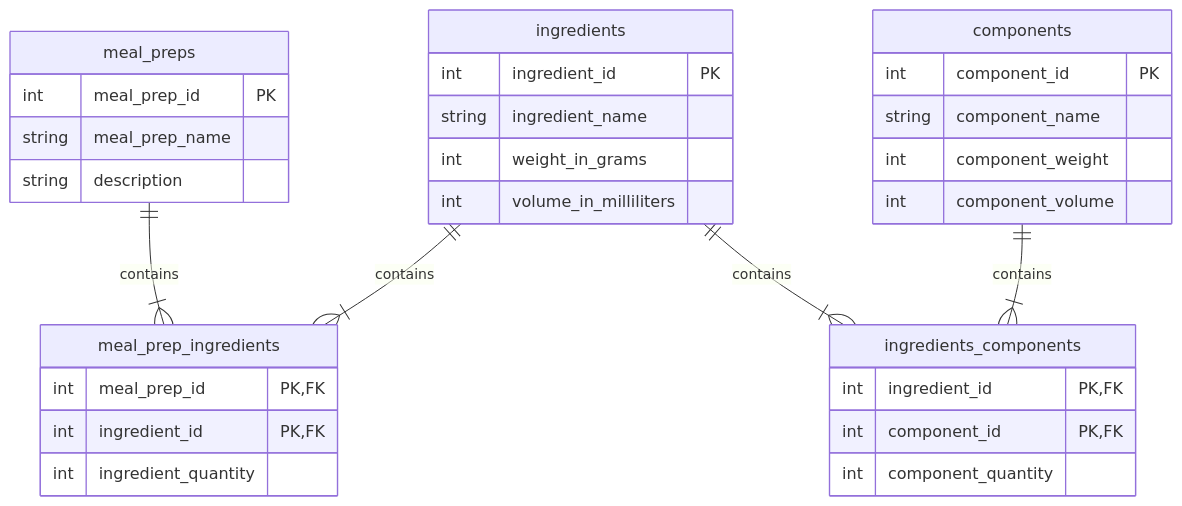
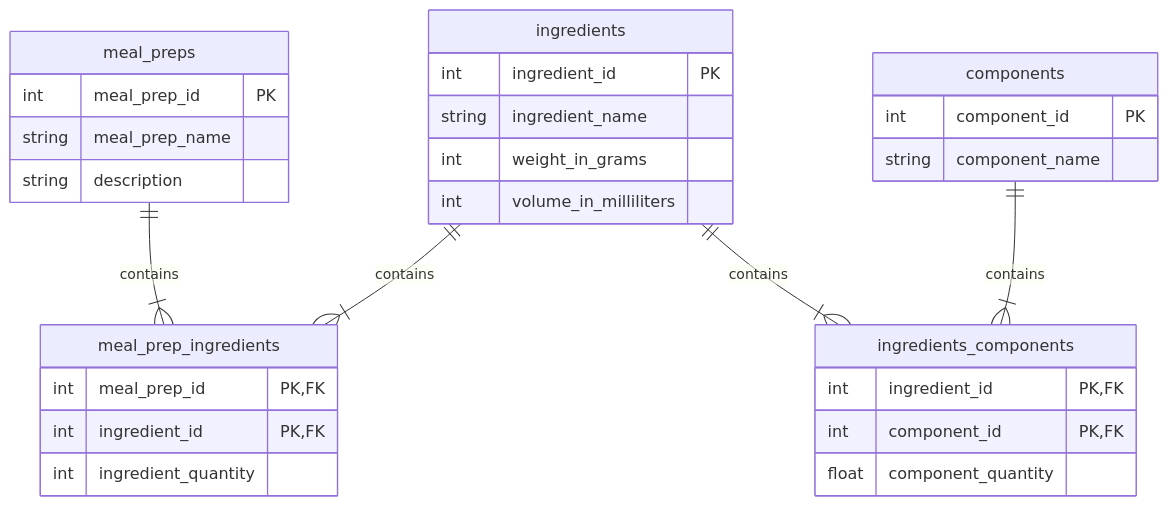
One commit to Wijnandvdm/nom-stats changed the diagram in mermaid_erd.mermaid. Above: the diagram before and after it, drawn with Mermaid. The commit also changed 2 other files, not shown here.

```diff
--- a/mermaid_erd.mermaid
+++ b/mermaid_erd.mermaid
@@ -1,32 +1,30 @@
 erDiagram
     meal_prep_ingredients {
         int meal_prep_id PK, FK
         int ingredient_id PK, FK
         int ingredient_quantity
     }
     meal_preps {
         int meal_prep_id PK
         string meal_prep_name
         string description
     }
     ingredients_components {
         int ingredient_id PK, FK
         int component_id PK, FK
-        int component_quantity
+        float component_quantity
     }
     ingredients {
         int ingredient_id PK
         string ingredient_name
         int weight_in_grams
         int volume_in_milliliters
     }
     components {
         int component_id PK
         string component_name
-        int component_weight
-        int component_volume
     }
 meal_preps ||--|{ meal_prep_ingredients : contains
 ingredients ||--|{ meal_prep_ingredients : contains
 ingredients ||--|{ ingredients_components : contains
 components ||--|{ ingredients_components : contains
```
